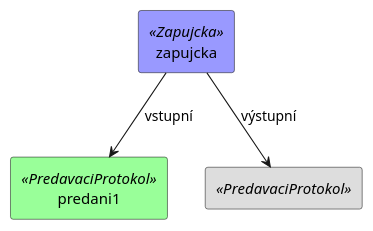
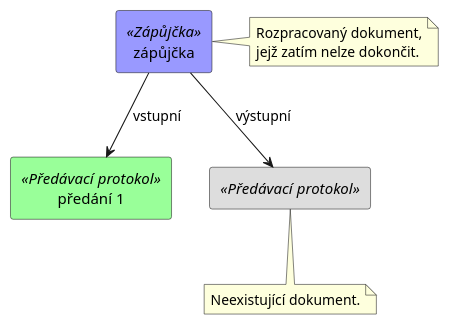
Before and after one commit to techlib/spis: the third of 6 diagrams in doc/spec.adoc, drawn with PlantUML. The commit also changed other lines of this file, not shown here.

```diff
--- a/doc/spec.adoc
+++ b/doc/spec.adoc
@@ -110,11 +122,20 @@
 [plantuml,align="center"]
 ....
 @startuml
-rectangle "zapujcka" <<Zapujcka>> #9999ff
-rectangle "predani1" <<PredavaciProtokol>> #99ff99
-rectangle " " as predani2 <<PredavaciProtokol>> #dddddd
+rectangle "zápůjčka" <<Zápůjčka>> #9999ff
+rectangle "předání 1" as předání_1 <<Předávací protokol>> #99ff99
+rectangle " " as předání_2 <<Předávací protokol>> #dddddd
 
-zapujcka -d-> predani1 : vstupní
-zapujcka -d-> predani2 : výstupní
+zápůjčka -d-> předání_1 : vstupní
+zápůjčka -d-> předání_2 : výstupní
+
+note right of zápůjčka
+  Rozpracovaný dokument,
+  jejž zatím nelze dokončit.
+end note
+
+note bottom of předání_2
+  Neexistující dokument.
+end note
 @enduml
 ....
```
